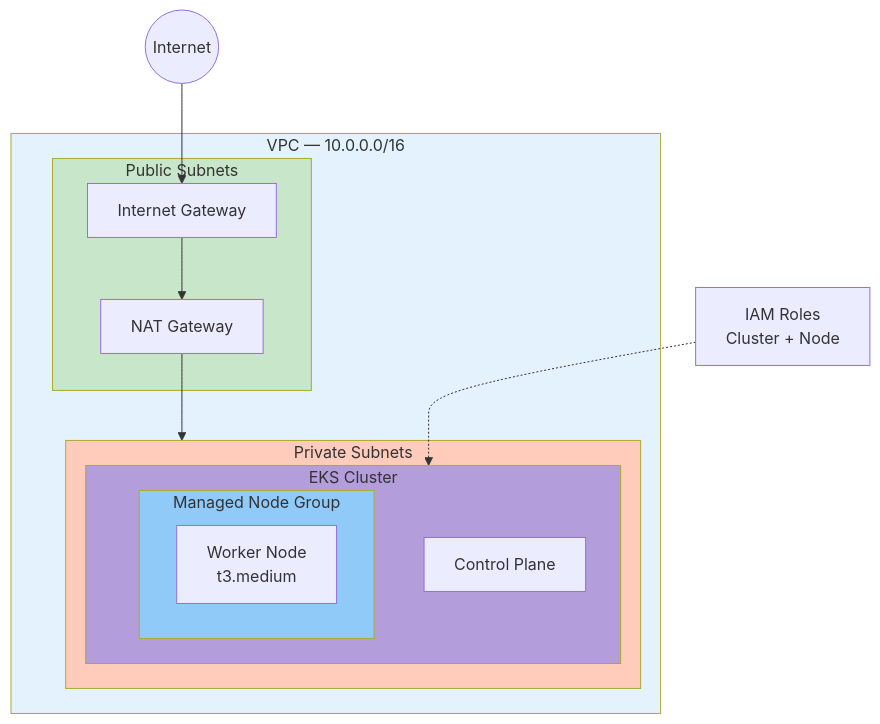
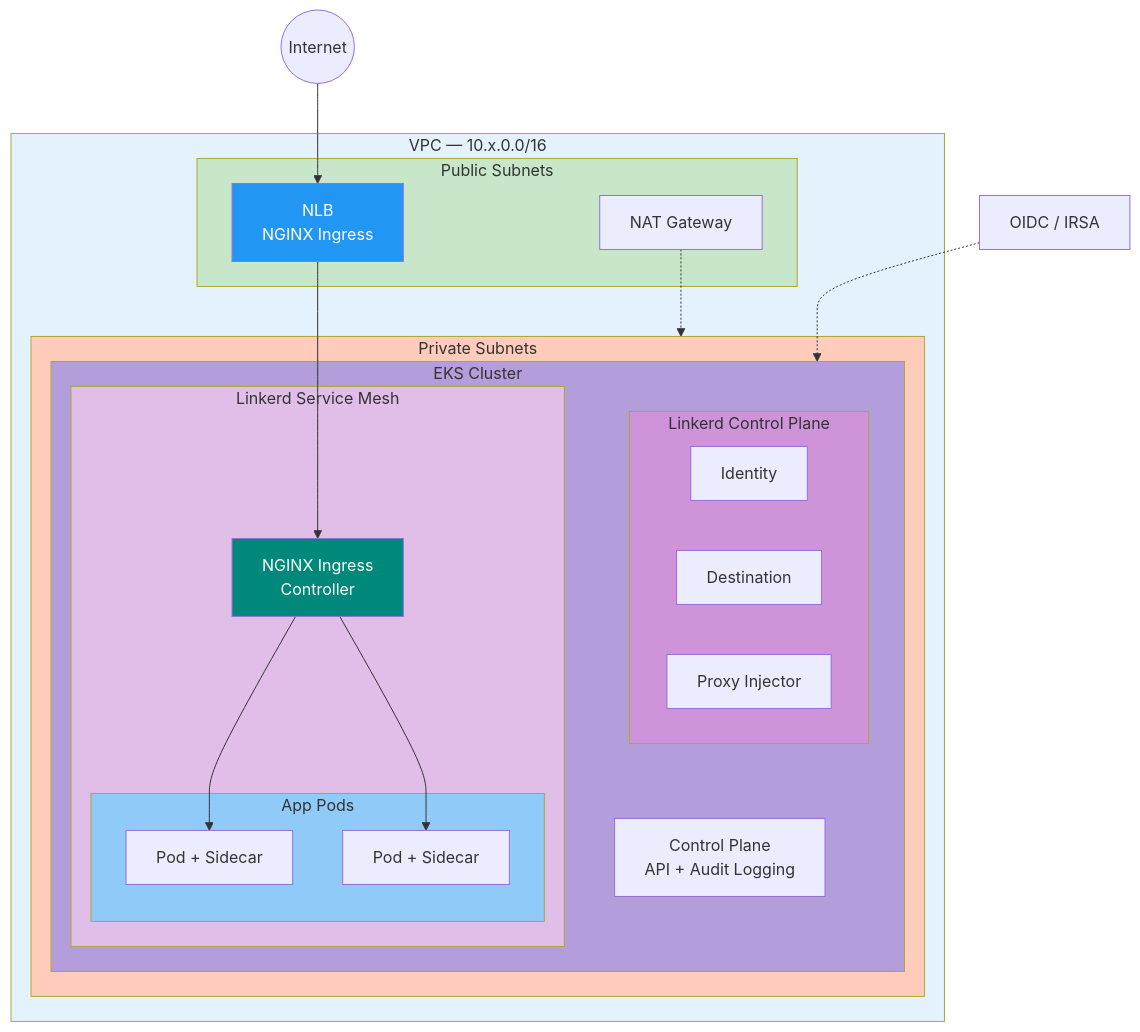
Before and after one commit to vegatros/repo1: the third of 6 diagrams in README.md, drawn with Mermaid. The commit also changed other lines of this file, not shown here.

Commit message:
docs: update README with app2 EKS overhaul (Linkerd, IRSA, Helm)
Update architecture diagram, app2 section, module table, and security
mindmap to reflect Linkerd service mesh, NGINX Ingress, IRSA, and
production-grade Helm chart.

````diff
--- a/README.md
+++ b/README.md
@@ -152,28 +152,43 @@
 ```mermaid
 graph TB
-    Internet((Internet)) --> IGW[Internet Gateway]
+    Internet((Internet)) --> NLB[NLB<br/>NGINX Ingress]
 
-    subgraph VPC ["VPC — 10.0.0.0/16"]
+    subgraph VPC ["VPC — 10.x.0.0/16"]
         subgraph Public ["Public Subnets"]
-            IGW
+            NLB
             NAT[NAT Gateway]
         end
         subgraph Private ["Private Subnets"]
             subgraph EKS ["EKS Cluster"]
-                CP[Control Plane]
-                subgraph Nodes ["Managed Node Group"]
-                    W1[Worker Node<br/>t3.medium]
+                CP[Control Plane<br/>API + Audit Logging]
+                subgraph Mesh ["Linkerd Service Mesh"]
+                    NGINX[NGINX Ingress<br/>Controller]
+                    subgraph App ["App Pods"]
+                        P1[Pod + Sidecar]
+                        P2[Pod + Sidecar]
+                    end
+                end
+                subgraph LinkerdCP ["Linkerd Control Plane"]
+                    ID[Identity]
+                    DST[Destination]
+                    PRX[Proxy Injector]
                 end
             end
         end
     end
 
-    IGW --> NAT --> Private
-    IAM[IAM Roles<br/>Cluster + Node] -.-> EKS
+    NLB --> NGINX
+    NGINX --> P1 & P2
+    NAT -.-> Private
+    IRSA[OIDC / IRSA] -.-> EKS
 
     style VPC fill:#e3f2fd
     style Public fill:#c8e6c9
     style Private fill:#ffccbc
     style EKS fill:#b39ddb
-    style Nodes fill:#90caf9
+    style Mesh fill:#e1bee7
+    style LinkerdCP fill:#ce93d8
+    style App fill:#90caf9
+    style NLB fill:#2196f3,color:#fff
+    style NGINX fill:#00897b,color:#fff
 ```
````
